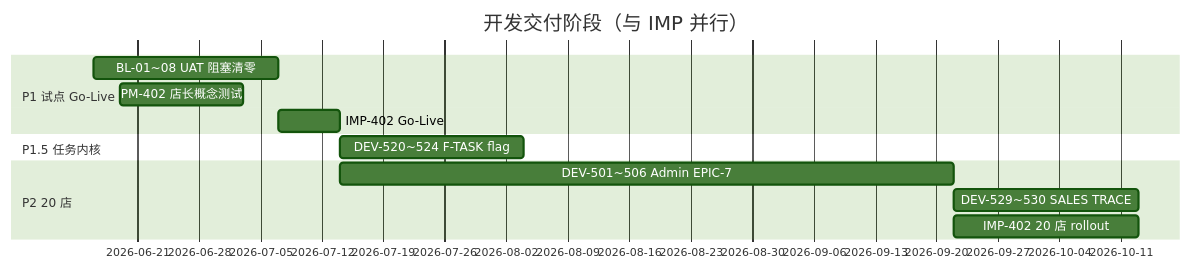
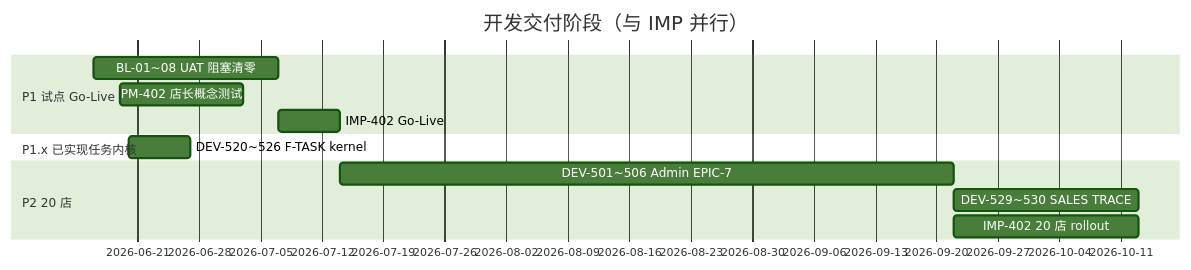
The second of 3 diagrams in docs/development_delivery_plan.md (yuanmajun29-collab/hotpot_smart_ops), drawn with Mermaid (forest theme) before and after one commit. The commit also changed other lines of this file and 30 other files, not shown here.

Commit message:
fix(review): close product architecture validation gaps

````diff
--- a/docs/development_delivery_plan.md
+++ b/docs/development_delivery_plan.md
@@ -110,15 +110,15 @@
 ```mermaid
 gantt
     title 开发交付阶段（与 IMP 并行）
     dateFormat YYYY-MM-DD
     section P1 试点 Go-Live
     BL-01~08 UAT 阻塞清零     :p1bl, 2026-06-16, 21d
     PM-402 店长概念测试       :p1uat, 2026-06-19, 14d
     IMP-402 Go-Live           :p1go, 2026-07-07, 7d
-    section P1.5 任务内核
-    DEV-520~524 F-TASK flag   :p15, after p1go, 21d
+    section P1.x 已实现任务内核
+    DEV-520~526 F-TASK kernel :p15, 2026-06-20, 7d
     section P2 20 店
     DEV-501~506 Admin EPIC-7  :p2admin, after p1go, 70d
     DEV-529~530 SALES TRACE     :p2ext, after p2admin, 21d
     IMP-402 20 店 rollout       :p2roll, after p2admin, 21d
 ```
````
